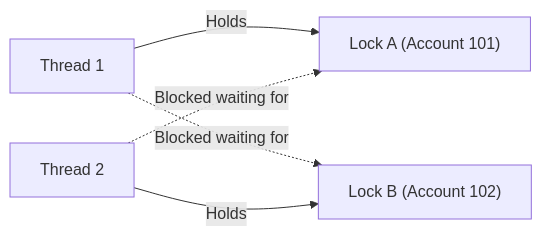
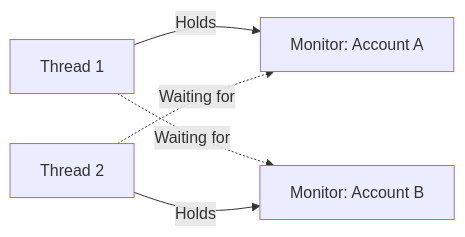
One commit to ravishankar2463/java_hub changed the third of 4 diagrams in content/roadmap/level-5/thread-safety-and-synchronization.md. Above: the diagram before and after it, drawn with Mermaid. The commit also changed other lines of this file and 119 other files, not shown here.

Commit message:
feat: add comprehensive java learning roadmap content across multiple levels

````diff
--- a/content/roadmap/level-5/thread-safety-and-synchronization.md
+++ b/content/roadmap/level-5/thread-safety-and-synchronization.md
@@ -229,12 +187,7 @@
 ```mermaid
 flowchart LR
-    Thread1["Thread 1"]
-    Thread2["Thread 2"]
-    LockA["Lock A (Account 101)"]
-    LockB["Lock B (Account 102)"]
-
-    Thread1 -->|"Holds"| LockA
-    Thread1 -.->|"Blocked waiting for"| LockB
-    Thread2 -->|"Holds"| LockB
-    Thread2 -.->|"Blocked waiting for"| LockA
+    T1["Thread 1"] -->|"Holds"| A["Monitor: Account A"]
+    T1 -.->|"Waiting for"| B["Monitor: Account B"]
+    T2["Thread 2"] -->|"Holds"| B
+    T2 -.->|"Waiting for"| A
 ```
````
